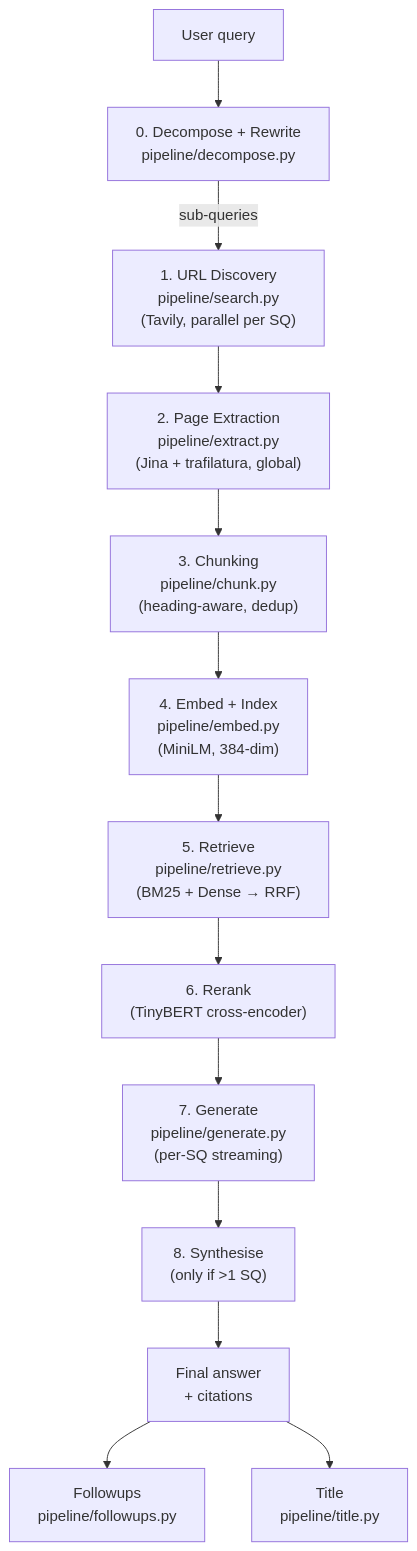
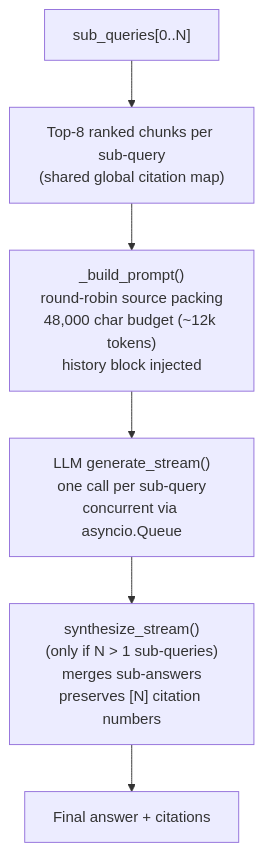
Before and after one commit to swapnil18800/weblens: the fifth of 6 diagrams in docs/ARCHITECTURE.md, drawn with Mermaid. The commit also changed other lines of this file and 228 other files, not shown here.

````diff
--- a/docs/ARCHITECTURE.md
+++ b/docs/ARCHITECTURE.md
@@ -44,15 +344,11 @@
 ```mermaid
 graph TD
-    Q["User query"] --> S0["0. Decompose + Rewrite<br/>pipeline/decompose.py"]
-    S0 -->|sub-queries| S1["1. URL Discovery<br/>pipeline/search.py<br/>(Tavily, parallel per SQ)"]
-    S1 --> S2["2. Page Extraction<br/>pipeline/extract.py<br/>(Jina + trafilatura, global)"]
-    S2 --> S3["3. Chunking<br/>pipeline/chunk.py<br/>(heading-aware, dedup)"]
-    S3 --> S4["4. Embed + Index<br/>pipeline/embed.py<br/>(MiniLM, 384-dim)"]
-    S4 --> S5["5. Retrieve<br/>pipeline/retrieve.py<br/>(BM25 + Dense → RRF)"]
-    S5 --> S6["6. Rerank<br/>(TinyBERT cross-encoder)"]
-    S6 --> S7["7. Generate<br/>pipeline/generate.py<br/>(per-SQ streaming)"]
-    S7 --> S8["8. Synthesise<br/>(only if >1 SQ)"]
-    S8 --> A["Final answer<br/>+ citations"]
-    A --> FU["Followups<br/>pipeline/followups.py"]
-    A --> T["Title<br/>pipeline/title.py"]
+    SQ["sub_queries[0..N]"]
+    RANK["Top-8 ranked chunks per sub-query<br/>(shared global citation map)"]
+    PROMPT["_build_prompt()<br/>round-robin source packing<br/>48,000 char budget (~12k tokens)<br/>history block injected"]
+    GEN["LLM generate_stream()<br/>one call per sub-query<br/>concurrent via asyncio.Queue"]
+    SYNTH["synthesize_stream()<br/>(only if N > 1 sub-queries)<br/>merges sub-answers<br/>preserves [N] citation numbers"]
+    OUT["Final answer + citations"]
+
+    SQ --> RANK --> PROMPT --> GEN --> SYNTH --> OUT
 ```
````
